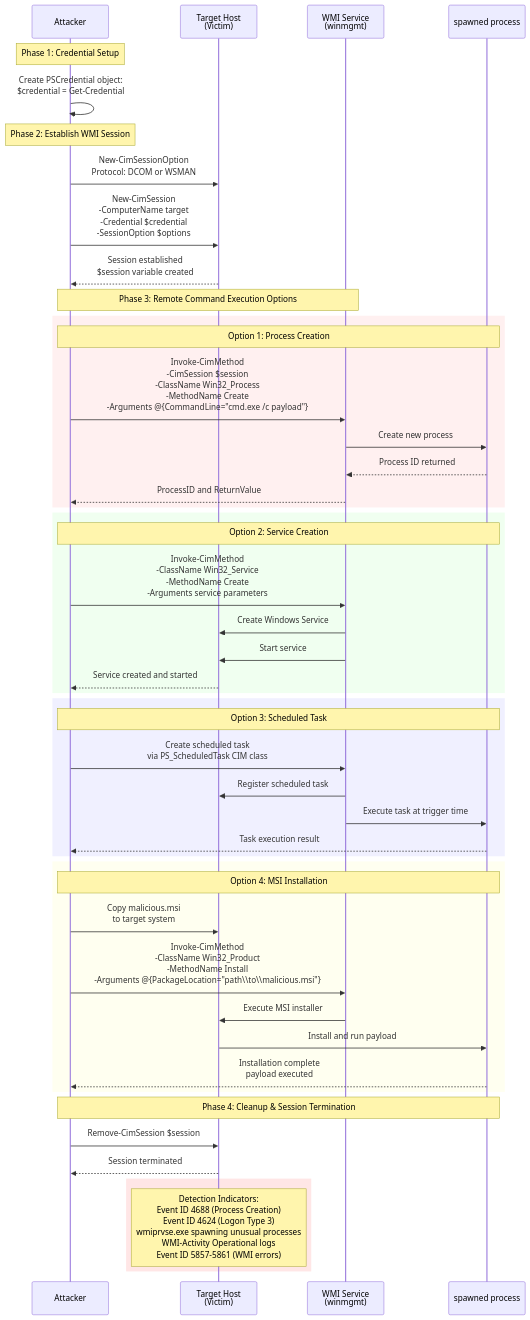
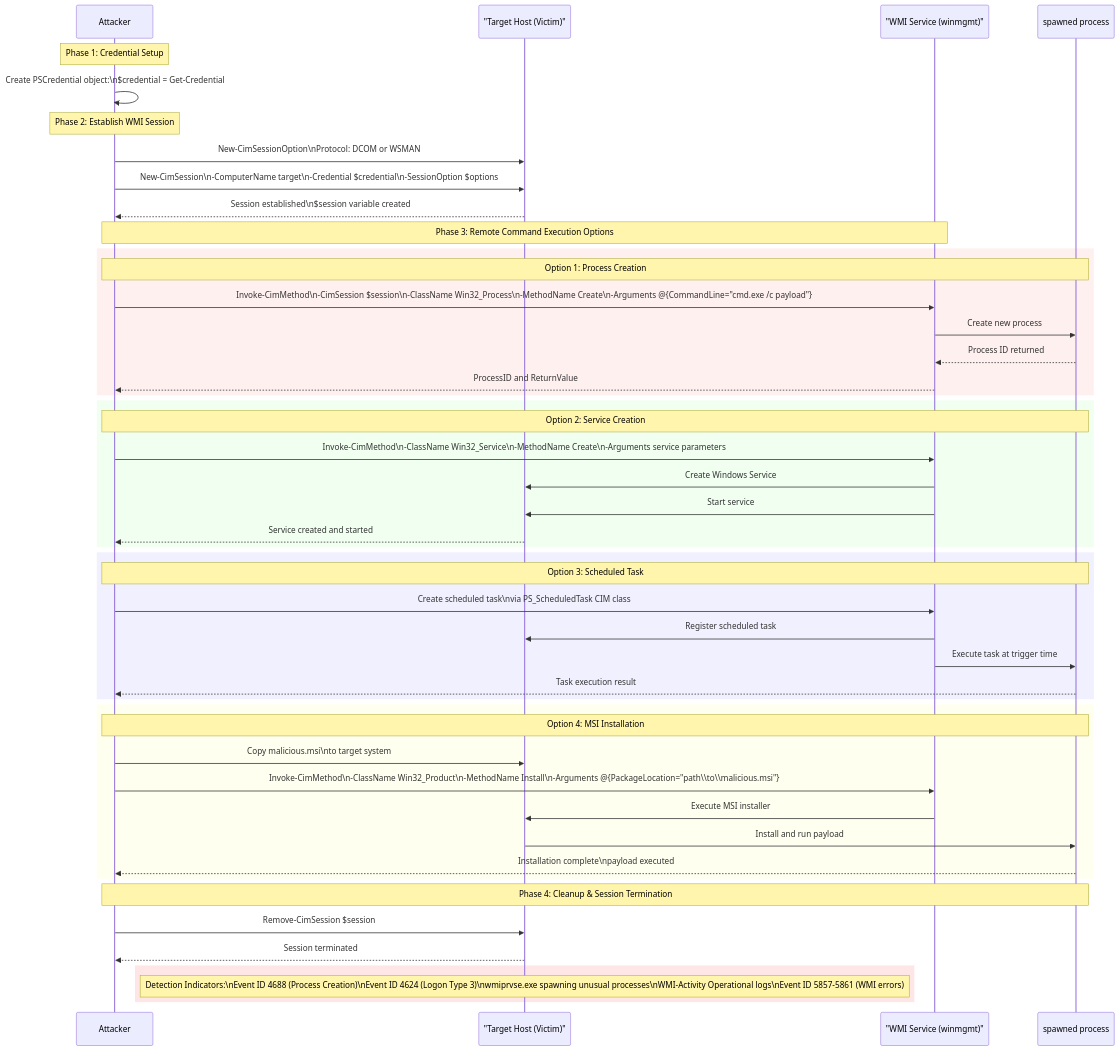
One commit to Maverick-sudo/Academy-WebApp changed the tenth of 27 diagrams in content/study-notes/security/ethical-hacking/ActiveDirectoryPentest.md. Above: the diagram before and after it, drawn with Mermaid. The commit also changed other lines of this file and 204 other files, not shown here.

````diff
--- a/content/study-notes/security/ethical-hacking/ActiveDirectoryPentest.md
+++ b/content/study-notes/security/ethical-hacking/ActiveDirectoryPentest.md
@@ -1735,58 +1735,58 @@
 ```mermaid
 sequenceDiagram
     participant Attacker
-    participant Target as Target Host<br/>(Victim)
-    participant WMI as WMI Service<br/>(winmgmt)
+    participant Target as "Target Host (Victim)"
+    participant WMI as "WMI Service (winmgmt)"
     participant Process as spawned process
     
     Note over Attacker: Phase 1: Credential Setup
-    Attacker->>Attacker: Create PSCredential object:<br/>$credential = Get-Credential
+    Attacker->>Attacker: Create PSCredential object:\n$credential = Get-Credential
     
     Note over Attacker: Phase 2: Establish WMI Session
-    Attacker->>Target: New-CimSessionOption<br/>Protocol: DCOM or WSMAN
-    Attacker->>Target: New-CimSession<br/>-ComputerName target<br/>-Credential $credential<br/>-SessionOption $options
-    Target-->>Attacker: Session established<br/>$session variable created
+    Attacker->>Target: New-CimSessionOption\nProtocol: DCOM or WSMAN
+    Attacker->>Target: New-CimSession\n-ComputerName target\n-Credential $credential\n-SessionOption $options
+    Target-->>Attacker: Session established\n$session variable created
     
     Note over Attacker,WMI: Phase 3: Remote Command Execution Options
     
     rect rgb(255, 240, 240)
         Note over Attacker,Process: Option 1: Process Creation
-        Attacker->>WMI: Invoke-CimMethod<br/>-CimSession $session<br/>-ClassName Win32_Process<br/>-MethodName Create<br/>-Arguments @{CommandLine="cmd.exe /c payload"}
+        Attacker->>WMI: Invoke-CimMethod\n-CimSession $session\n-ClassName Win32_Process\n-MethodName Create\n-Arguments @{CommandLine="cmd.exe /c payload"}
         WMI->>Process: Create new process
         Process-->>WMI: Process ID returned
         WMI-->>Attacker: ProcessID and ReturnValue
     end
     
     rect rgb(240, 255, 240)
         Note over Attacker,Process: Option 2: Service Creation
-        Attacker->>WMI: Invoke-CimMethod<br/>-ClassName Win32_Service<br/>-MethodName Create<br/>-Arguments service parameters
+        Attacker->>WMI: Invoke-CimMethod\n-ClassName Win32_Service\n-MethodName Create\n-Arguments service parameters
         WMI->>Target: Create Windows Service
         WMI->>Target: Start service
         Target-->>Attacker: Service created and started
     end
     
     rect rgb(240, 240, 255)
         Note over Attacker,Process: Option 3: Scheduled Task
-        Attacker->>WMI: Create scheduled task<br/>via PS_ScheduledTask CIM class
+        Attacker->>WMI: Create scheduled task\nvia PS_ScheduledTask CIM class
         WMI->>Target: Register scheduled task
         WMI->>Process: Execute task at trigger time
         Process-->>Attacker: Task execution result
     end
     
     rect rgb(255, 255, 240)
         Note over Attacker,Process: Option 4: MSI Installation
-        Attacker->>Target: Copy malicious.msi<br/>to target system
-        Attacker->>WMI: Invoke-CimMethod<br/>-ClassName Win32_Product<br/>-MethodName Install<br/>-Arguments @{PackageLocation="path\\to\\malicious.msi"}
+        Attacker->>Target: Copy malicious.msi\nto target system
+        Attacker->>WMI: Invoke-CimMethod\n-ClassName Win32_Product\n-MethodName Install\n-Arguments @{PackageLocation="path\\to\\malicious.msi"}
         WMI->>Target: Execute MSI installer
         Target->>Process: Install and run payload
-        Process-->>Attacker: Installation complete<br/>payload executed
+        Process-->>Attacker: Installation complete\npayload executed
     end
     
     Note over Attacker,Process: Phase 4: Cleanup & Session Termination
     Attacker->>Target: Remove-CimSession $session
     Target-->>Attacker: Session terminated
     
     rect rgb(255, 230, 230)
-        Note over Target: Detection Indicators:<br/>Event ID 4688 (Process Creation)<br/>Event ID 4624 (Logon Type 3)<br/>wmiprvse.exe spawning unusual processes<br/>WMI-Activity Operational logs<br/>Event ID 5857-5861 (WMI errors)
+        Note over Target: Detection Indicators:\nEvent ID 4688 (Process Creation)\nEvent ID 4624 (Logon Type 3)\nwmiprvse.exe spawning unusual processes\nWMI-Activity Operational logs\nEvent ID 5857-5861 (WMI errors)
     end
 ```
````
